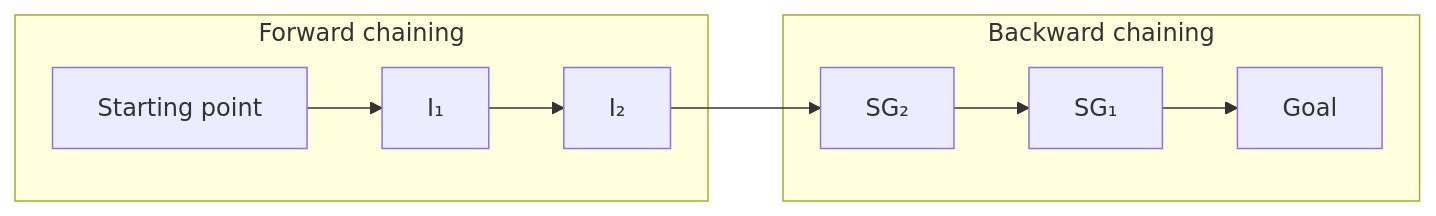
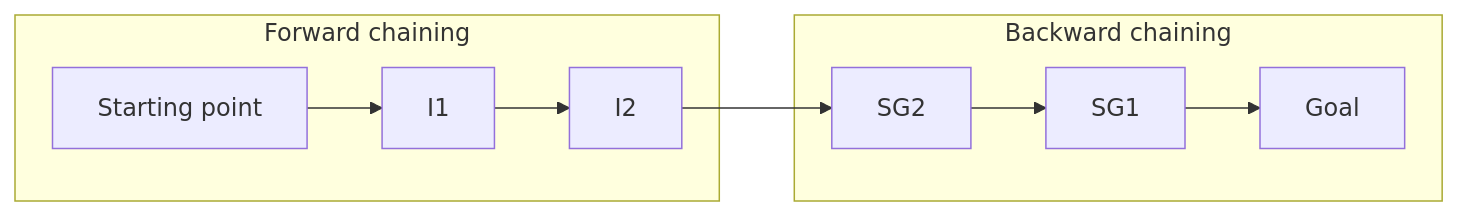
The second of 3 diagrams in Lecture-Notes/Ch06_Set-Theory/Concepts_Lecture.md (Choroning/25Fall_Discrete-Mathematics), drawn with Mermaid before and after one commit. The commit also changed other lines of this file and 37 other files, not shown here.

````diff
--- a/Lecture-Notes/Ch06_Set-Theory/Concepts_Lecture.md
+++ b/Lecture-Notes/Ch06_Set-Theory/Concepts_Lecture.md
@@ -620,10 +622,10 @@
 ```mermaid
 graph LR
     subgraph F["Forward chaining"]
-        S["Starting point"] --> I1["I₁"] --> I2["I₂"]
+        S["Starting point"] --> I1["I1"] --> I2["I2"]
     end
     subgraph BK["Backward chaining"]
-        SG2["SG₂"] --> SG1["SG₁"] --> GOAL["Goal"]
+        SG2["SG2"] --> SG1["SG1"] --> GOAL["Goal"]
     end
     I2 --> SG2
 ```
````
